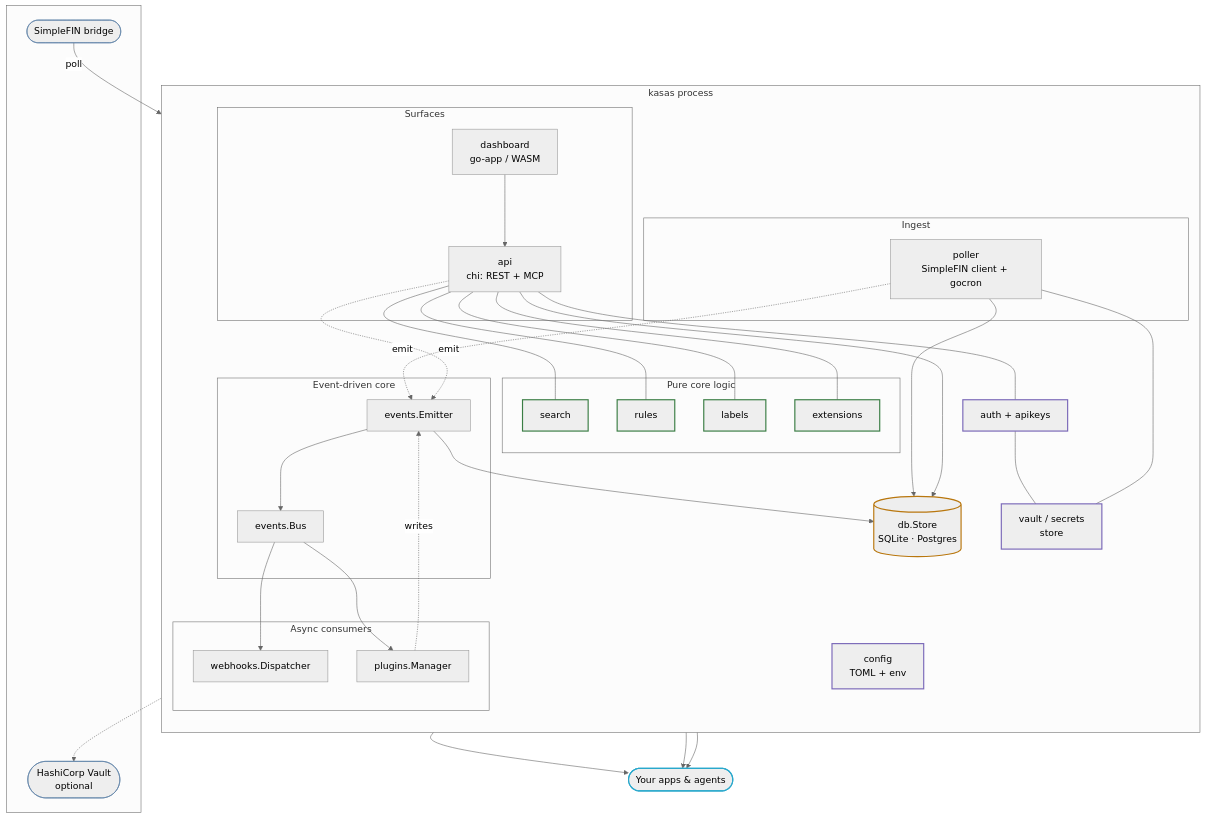
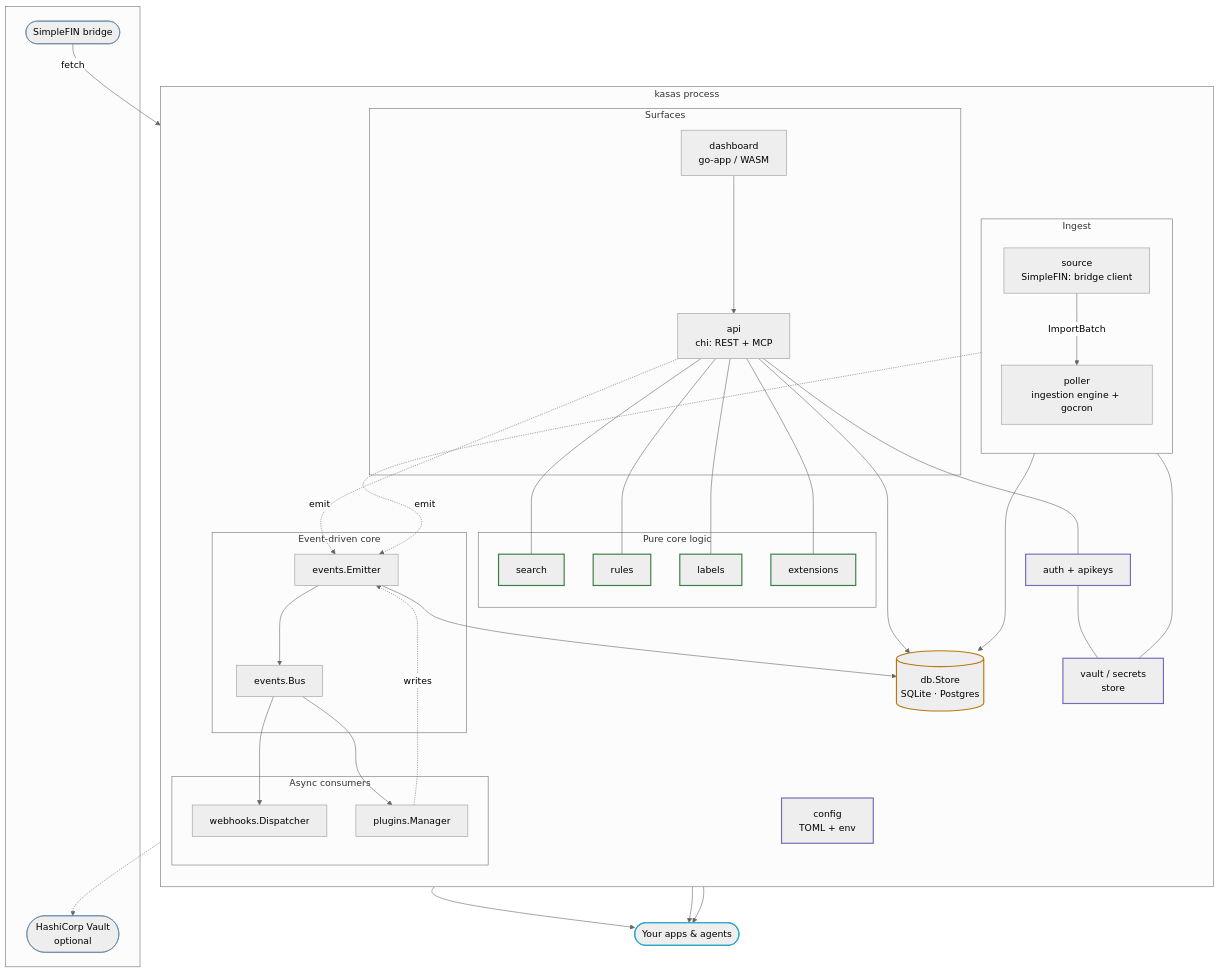
One commit to paulmeier/kasas changed the first of 4 diagrams in docs/architecture/overview.md. Above: the diagram before and after it, drawn with Mermaid (neutral theme). The commit also changed other lines of this file and 17 other files, not shown here.

First line of the commit message:
docs: document pluggable ingestion sources (SimpleFIN as the first, not the only) (#57)

````diff
--- a/docs/architecture/overview.md
+++ b/docs/architecture/overview.md
@@ -10,72 +11,75 @@
 ```mermaid
 flowchart TB
     subgraph ext[" "]
         SF([SimpleFIN bridge]):::ext
         VAULT([HashiCorp Vault<br/>optional]):::ext
     end
 
     subgraph proc["kasas process"]
         direction TB
 
         CFG[config<br/>TOML + env]:::infra
         SEC[vault / secrets<br/>store]:::infra
 
         subgraph ingest["Ingest"]
-            POLL[poller<br/>SimpleFIN client + gocron]
+            direction TB
+            SRC[source<br/>SimpleFIN: bridge client]
+            POLL[poller<br/>ingestion engine + gocron]
+            SRC -->|ImportBatch| POLL
         end
 
         STORE[(db.Store<br/>SQLite · Postgres)]:::data
 
         subgraph core["Pure core logic"]
             SEARCH[search]:::pure
             RULES[rules]:::pure
             LABELS[labels]:::pure
             EXT[extensions]:::pure
         end
 
         subgraph evt["Event-driven core"]
             EMIT[events.Emitter]
             BUS[events.Bus]
             EMIT --> BUS
         end
 
         subgraph surfaces["Surfaces"]
             API[api<br/>chi: REST + MCP]
             DASH[dashboard<br/>go-app / WASM]
         end
 
         subgraph consumers["Async consumers"]
             WH[webhooks.Dispatcher]
             PL[plugins.Manager]
         end
 
         AUTH[auth + apikeys]:::infra
     end
 
     APPS([Your apps & agents]):::apps
 
-    SF -->|poll| POLL
+    SF -->|fetch| SRC
     POLL --> STORE
     POLL -. emit .-> EMIT
     API --> STORE
     API -. emit .-> EMIT
     API --- SEARCH & RULES & LABELS & EXT
     API --- AUTH
     DASH --> API
     EMIT --> STORE
     BUS --> WH
     BUS --> PL
     PL -. writes .-> EMIT
     SEC -.-> VAULT
     AUTH --- SEC
-    POLL --- SEC
+    SRC --- SEC
     API --> APPS
     WH --> APPS
     PL --> APPS
 
     classDef ext stroke:#5b7fa6,stroke-width:1px;
     classDef apps stroke:#29a8cc,stroke-width:2px;
     classDef data stroke:#b9770e,stroke-width:2px;
     classDef pure stroke:#3a7d44,stroke-width:2px;
     classDef infra stroke:#7a68b8,stroke-width:2px;
 ```
````
